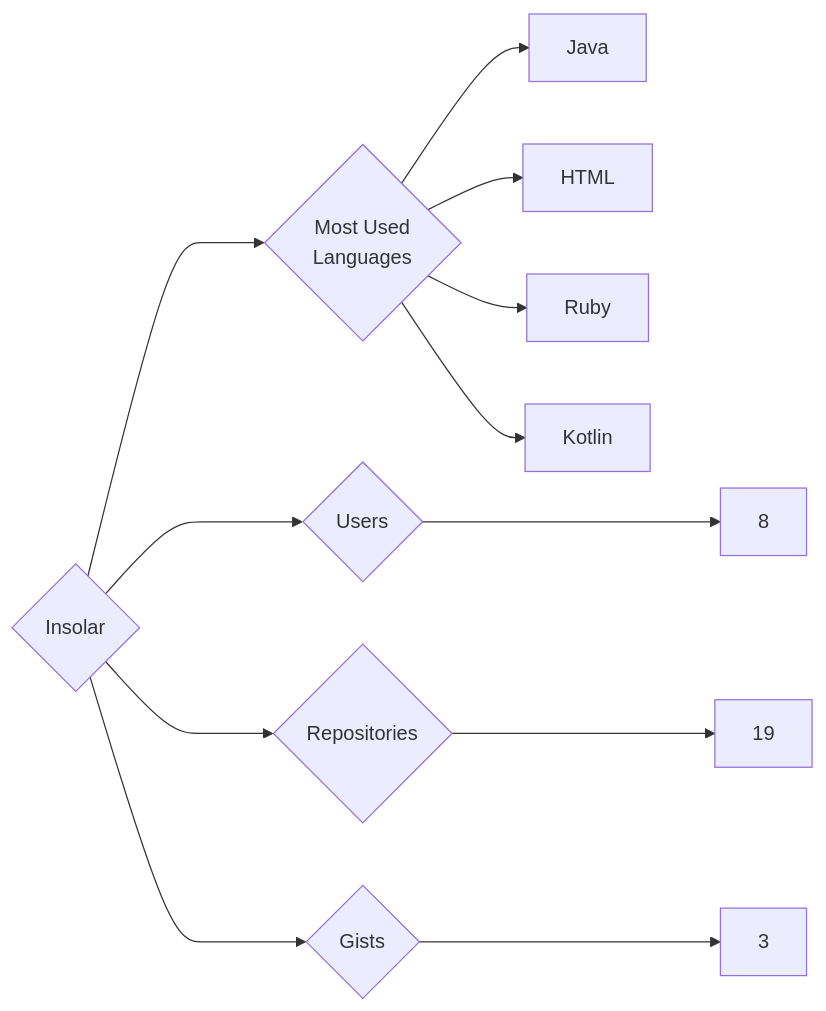
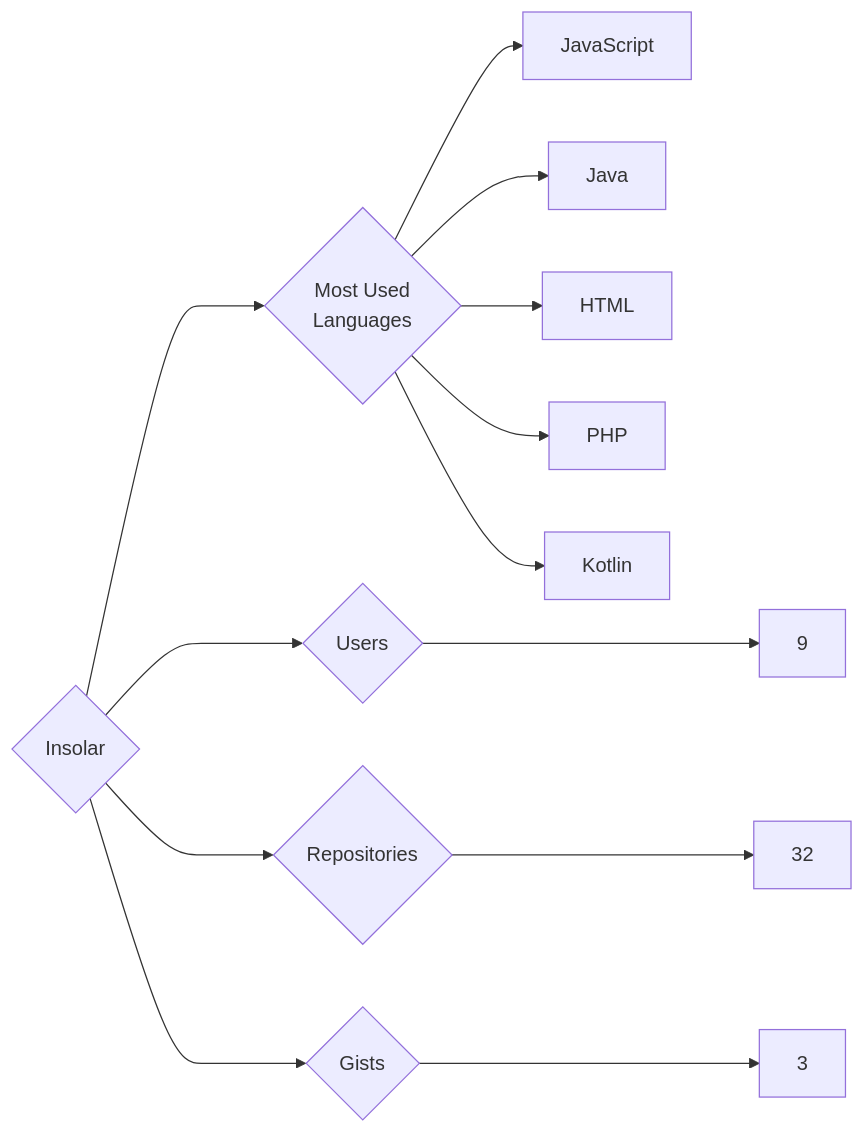
The diagram in targets/Insolar/README.md (trickest/insiders), drawn with Mermaid before and after one commit. The commit also changed 1148 other files, not shown here.

````diff
--- a/targets/Insolar/README.md
+++ b/targets/Insolar/README.md
@@ -3,12 +3,13 @@
 ```mermaid
 graph LR
 COMPANY_NAME{Insolar}
-COMPANY_NAME ---> U{Users} ---> UN[8]
-COMPANY_NAME ---> R{Repositories} ---> RN[19]
+COMPANY_NAME ---> U{Users} ---> UN[9]
+COMPANY_NAME ---> R{Repositories} ---> RN[32]
 COMPANY_NAME ---> G{Gists} ---> GN[3]
 COMPANY_NAME ---> ML{Most Used<br>Languages}
+ML --> JavaScript[JavaScript]
 ML --> Java[Java]
 ML --> HTML[HTML]
-ML --> Ruby[Ruby]
+ML --> PHP[PHP]
 ML --> Kotlin[Kotlin]
 ```
````
